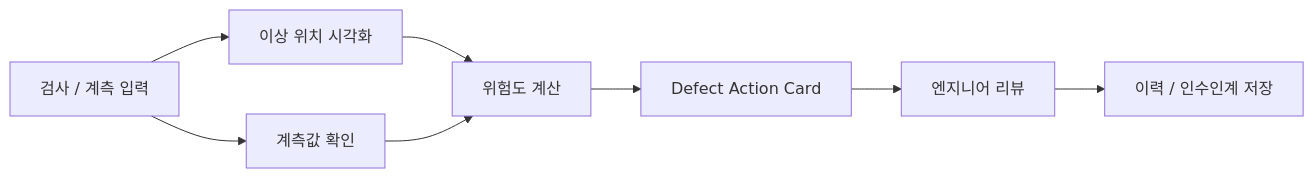
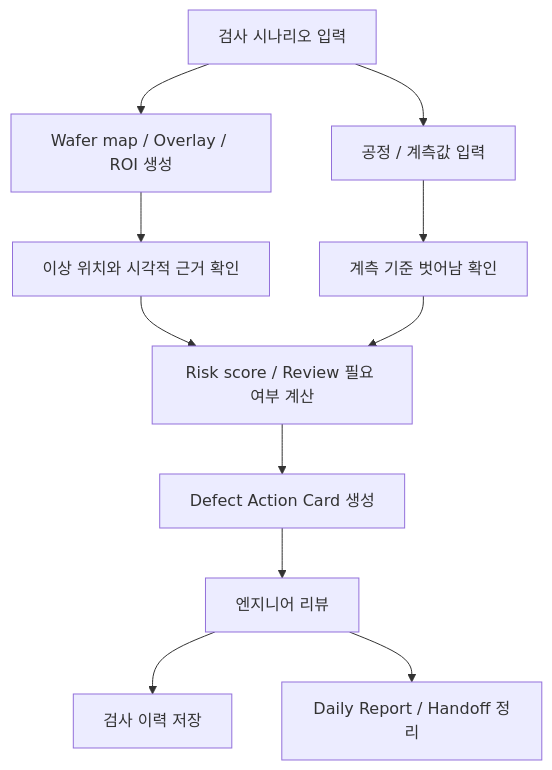
The diagram in docs/semivision-defect-copilot.md (arnold6444/leaflyze-project-summaries), drawn with Mermaid before and after one commit. The commit also changed other lines of this file and 2 other files, not shown here.

Commit message:
Refine WaferGuard and anomaly workflow summaries

````diff
--- a/docs/semivision-defect-copilot.md
+++ b/docs/semivision-defect-copilot.md
@@ -24,10 +27,13 @@
 ```mermaid
-flowchart LR
-    A[검사 / 계측 입력] --> B[이상 위치 시각화]
-    A --> C[계측값 확인]
-    B --> D[위험도 계산]
-    C --> D
-    D --> E[Defect Action Card]
-    E --> F[엔지니어 리뷰]
-    F --> G[이력 / 인수인계 저장]
+flowchart TD
+    A["검사 시나리오 입력"] --> B["Wafer map / Overlay / ROI 생성"]
+    A --> C["공정 / 계측값 입력"]
+    B --> D["이상 위치와 시각적 근거 확인"]
+    C --> E["계측 기준 벗어남 확인"]
+    D --> F["Risk score / Review 필요 여부 계산"]
+    E --> F
+    F --> G["Defect Action Card 생성"]
+    G --> H["엔지니어 리뷰"]
+    H --> I["검사 이력 저장"]
+    H --> J["Daily Report / Handoff 정리"]
 ```
````
